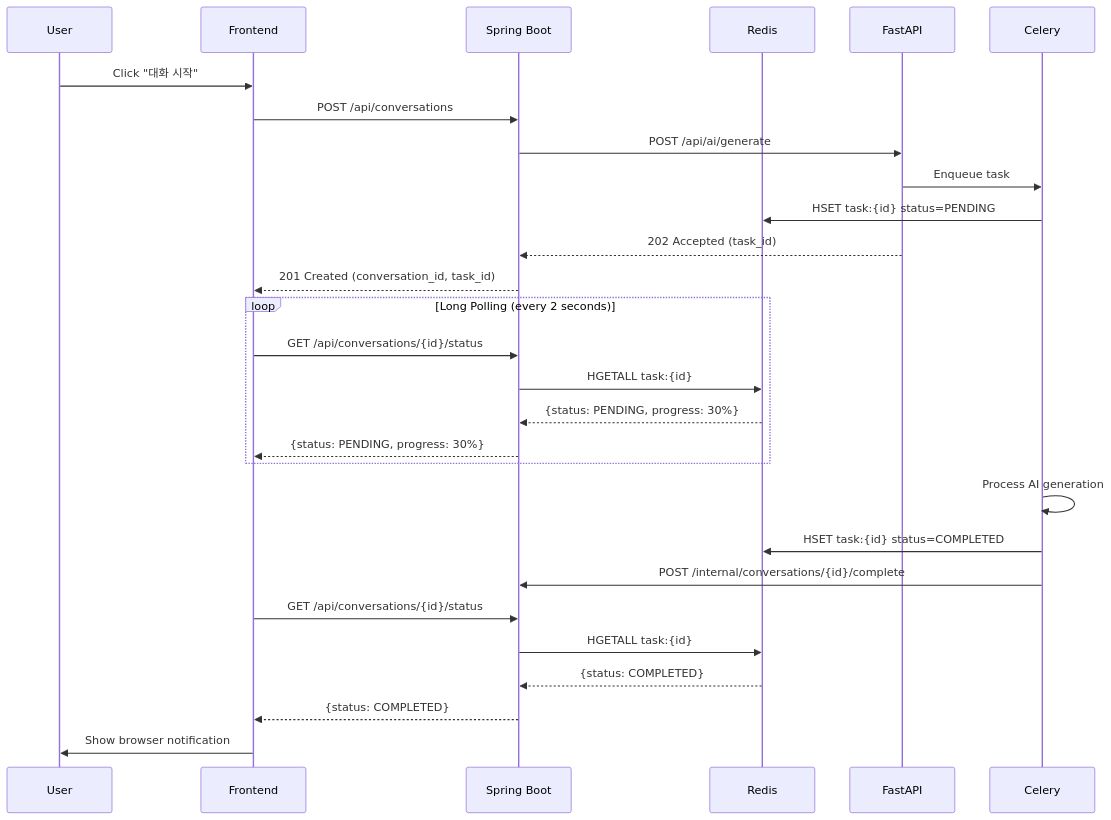
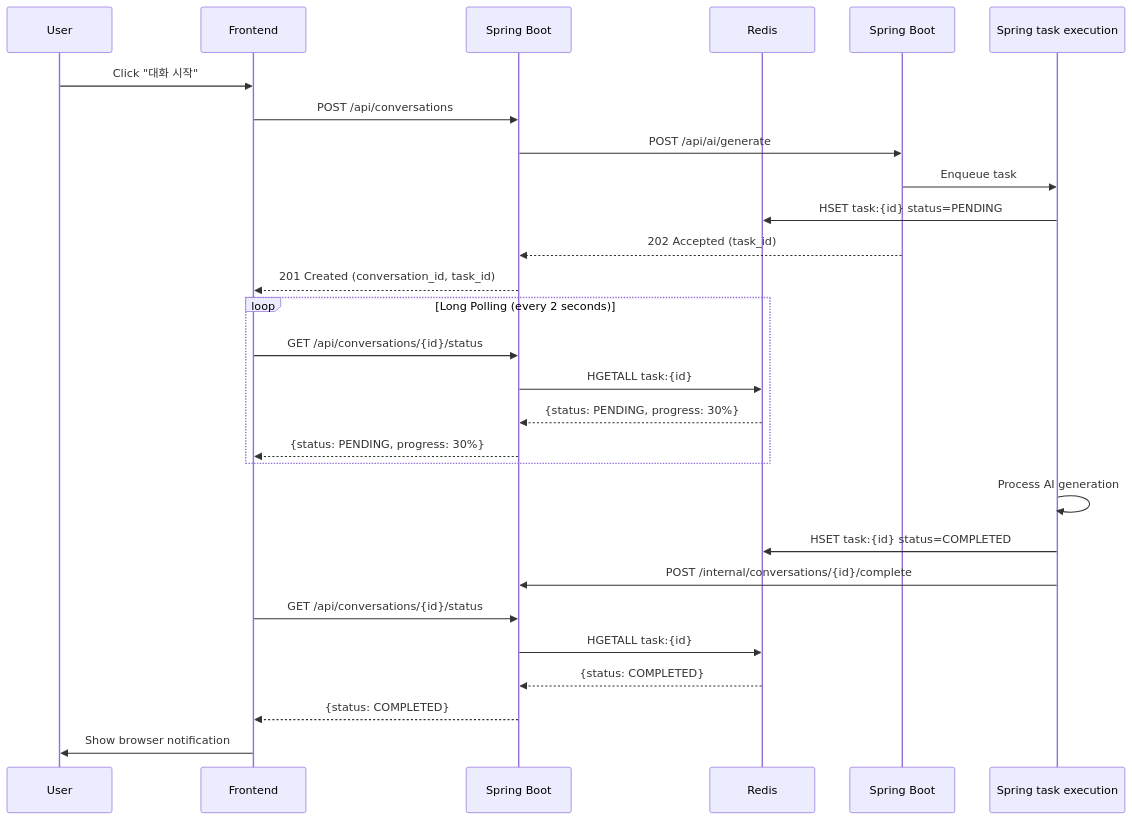
The eighth of 8 diagrams in docs/3-solutioning/erd.md (SideProjectSFY/gaji), drawn with Mermaid before and after one commit. The commit also changed other lines of this file and 69 other files, not shown here.

````diff
--- a/docs/3-solutioning/erd.md
+++ b/docs/3-solutioning/erd.md
@@ -2449,34 +2449,34 @@
 ```mermaid
 sequenceDiagram
     participant User
     participant Frontend
     participant Spring as Spring Boot
     participant Redis
-    participant FastAPI
-    participant Celery
+    participant Spring Boot
+    participant Spring task execution
 
     User->>Frontend: Click "대화 시작"
     Frontend->>Spring: POST /api/conversations
-    Spring->>FastAPI: POST /api/ai/generate
-    FastAPI->>Celery: Enqueue task
-    Celery->>Redis: HSET task:{id} status=PENDING
-    FastAPI-->>Spring: 202 Accepted (task_id)
+    Spring->>Spring Boot: POST /api/ai/generate
+    Spring Boot->>Spring task execution: Enqueue task
+    Spring task execution->>Redis: HSET task:{id} status=PENDING
+    Spring Boot-->>Spring: 202 Accepted (task_id)
     Spring-->>Frontend: 201 Created (conversation_id, task_id)
 
     loop Long Polling (every 2 seconds)
         Frontend->>Spring: GET /api/conversations/{id}/status
         Spring->>Redis: HGETALL task:{id}
         Redis-->>Spring: {status: PENDING, progress: 30%}
         Spring-->>Frontend: {status: PENDING, progress: 30%}
     end
 
-    Celery->>Celery: Process AI generation
-    Celery->>Redis: HSET task:{id} status=COMPLETED
-    Celery->>Spring: POST /internal/conversations/{id}/complete
+    Spring task execution->>Spring task execution: Process AI generation
+    Spring task execution->>Redis: HSET task:{id} status=COMPLETED
+    Spring task execution->>Spring: POST /internal/conversations/{id}/complete
 
     Frontend->>Spring: GET /api/conversations/{id}/status
     Spring->>Redis: HGETALL task:{id}
     Redis-->>Spring: {status: COMPLETED}
     Spring-->>Frontend: {status: COMPLETED}
     Frontend->>User: Show browser notification
 ```
````
